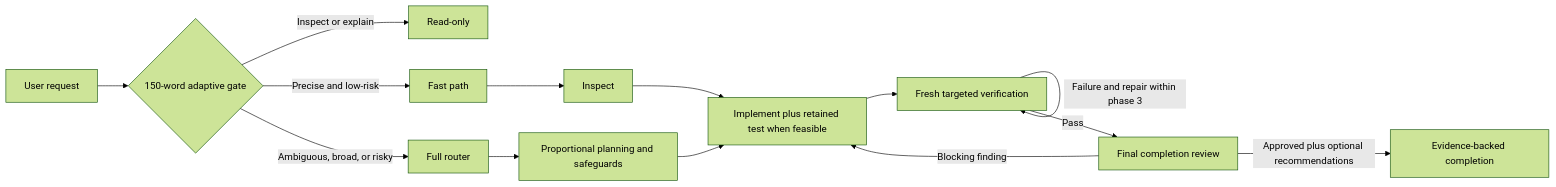
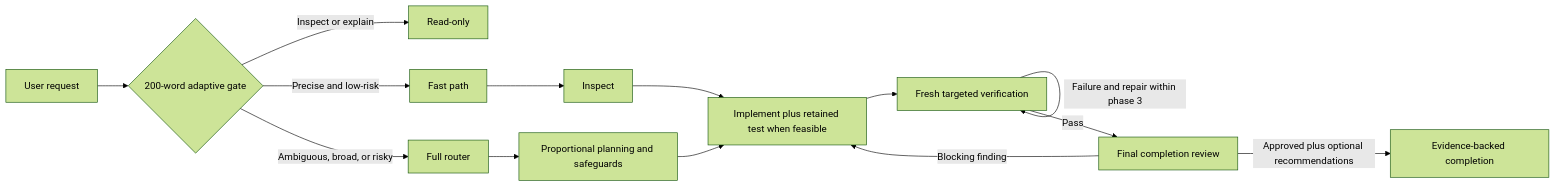
One commit to aididhaiqal/adaptive-superpowers changed the diagram in README.md. Above: the diagram before and after it, drawn with Mermaid (forest theme). The commit also changed other lines of this file and 11 other files, not shown here.

````diff
--- a/README.md
+++ b/README.md
@@ -157,16 +157,16 @@
 ```mermaid
 flowchart LR
-    R[User request] --> G{150-word adaptive gate}
+    R[User request] --> G{200-word adaptive gate}
     G -->|Inspect or explain| RO[Read-only]
     G -->|Precise and low-risk| FP[Fast path]
     G -->|Ambiguous, broad, or risky| FR[Full router]
     FP --> I[Inspect]
     I --> C[Implement plus retained test when feasible]
     C --> V[Fresh targeted verification]
     V -->|Failure and repair within phase 3| V
     V -->|Pass| CR[Final completion review]
     CR -->|Blocking finding| C
     CR -->|Approved plus optional recommendations| E[Evidence-backed completion]
     FR --> P[Proportional planning and safeguards]
     P --> C
 ```
````
